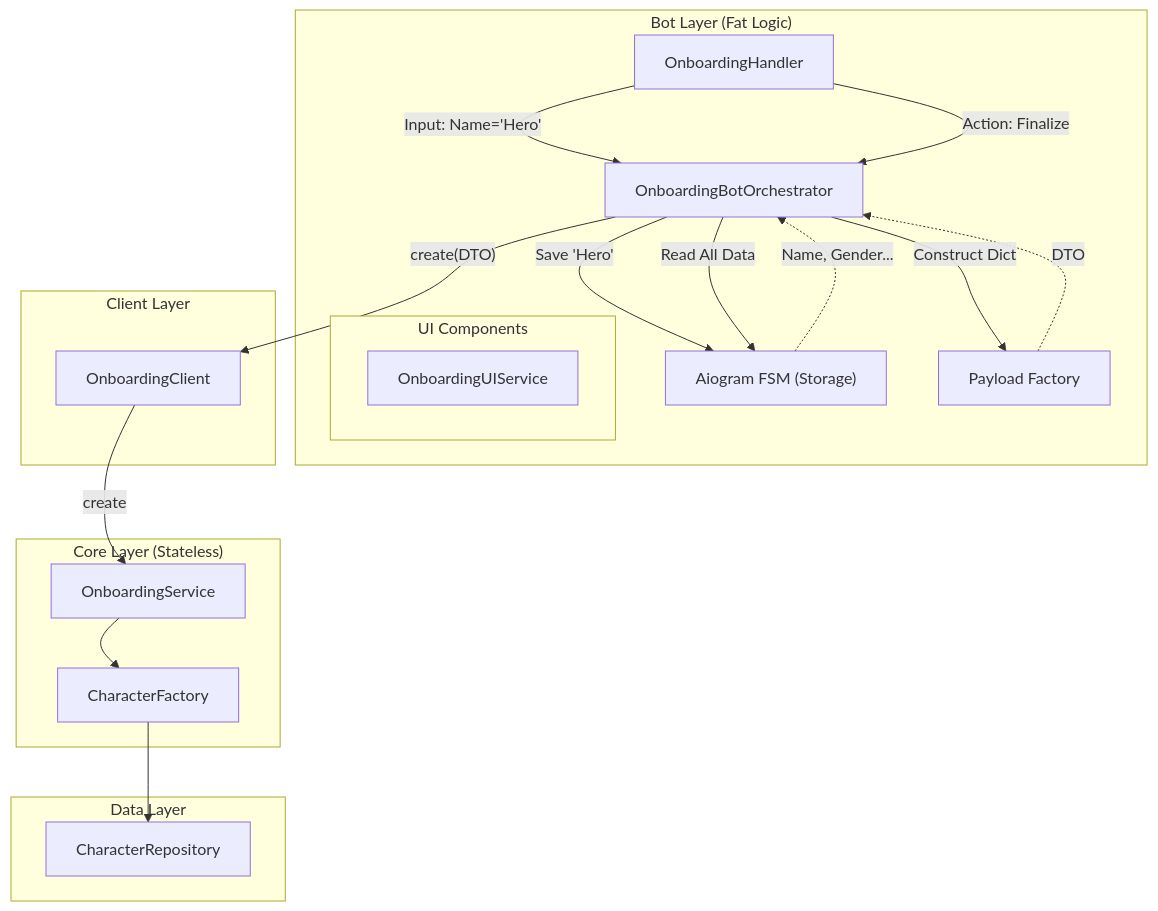
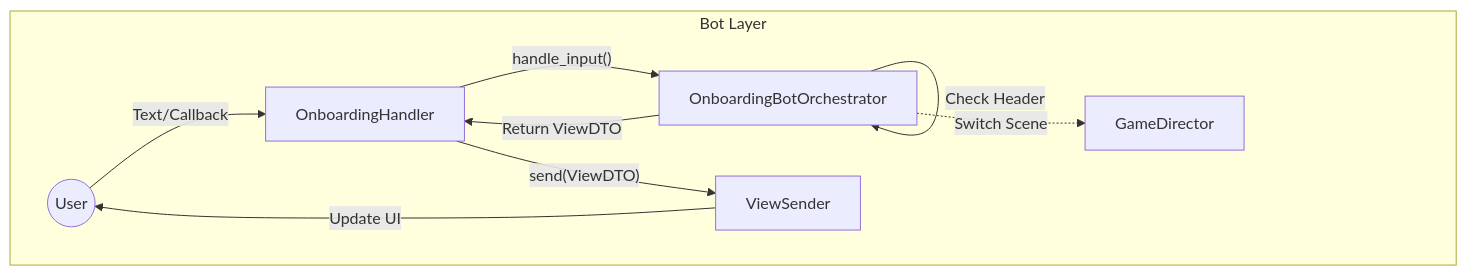
Before and after one commit to CodexDLC/telegram_bot_rpg: the first of 4 diagrams in docs/dis_docs/05_diagrams/09_Onboarding_Flow.md, drawn with Mermaid. The commit also changed other lines of this file and 88 other files, not shown here.

````diff
--- a/docs/dis_docs/05_diagrams/09_Onboarding_Flow.md
+++ b/docs/dis_docs/05_diagrams/09_Onboarding_Flow.md
@@ -7,50 +13,20 @@
 ```mermaid
 graph TD
-    %% --- СЛОИ ---
-    subgraph Bot_Layer ["Bot Layer (Fat Logic)"]
+    subgraph Bot_Layer ["Bot Layer"]
+        User((User))
         Handler["OnboardingHandler"]
         Orch["OnboardingBotOrchestrator"]
-        FSM["Aiogram FSM (Storage)"]
+        Director["GameDirector"]
+        Sender["ViewSender"]
         
-        subgraph UI_Components ["UI Components"]
-            UI["OnboardingUIService"]
-        end
+        User -->|"Text/Callback"| Handler
+        Handler -->|"handle_input()"| Orch
         
-        PayloadFactory["Payload Factory"]
+        Orch -->|"Check Header"| Orch
+        Orch -.->|"Switch Scene"| Director
+        
+        Orch -->|"Return ViewDTO"| Handler
+        Handler -->|"send(ViewDTO)"| Sender
+        Sender -->|"Update UI"| User
     end
-
-    subgraph Client_Layer ["Client Layer"]
-        Client["OnboardingClient"]
-    end
-
-    subgraph Core_Layer ["Core Layer (Stateless)"]
-        Service["OnboardingService"]
-        Factory["CharacterFactory"]
-    end
-
-    subgraph Data_Layer ["Data Layer"]
-        Repo["CharacterRepository"]
-    end
-
-    %% --- FLOW ---
-    
-    %% 1. Input Handling
-    Handler -->|"Input: Name='Hero'"| Orch
-    Orch -->|"Save 'Hero'"| FSM
-    
-    %% 2. Finalization (The Problem)
-    Handler -->|"Action: Finalize"| Orch
-    Orch -->|"Read All Data"| FSM
-    FSM -.->|"Name, Gender..."| Orch
-    Orch -->|"Construct Dict"| PayloadFactory
-    PayloadFactory -.->|"DTO"| Orch
-    
-    %% 3. Core Call
-    Orch -->|"create(DTO)"| Client
-    Client -->|"create"| Service
-    Service --> Factory
-    Factory --> Repo
-
-    %% --- Вертикальное выравнивание ---
-    Orch ~~~ Client ~~~ Service ~~~ Factory
 ```
````
